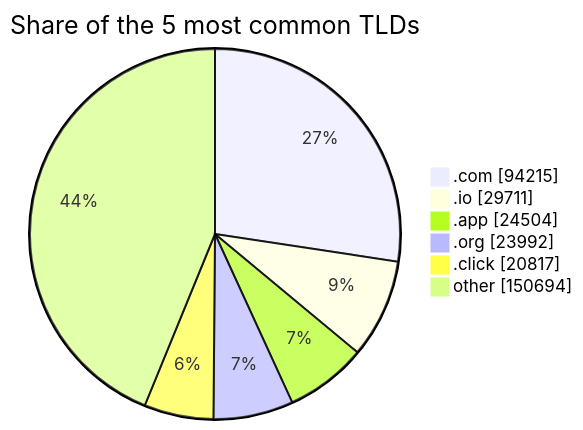
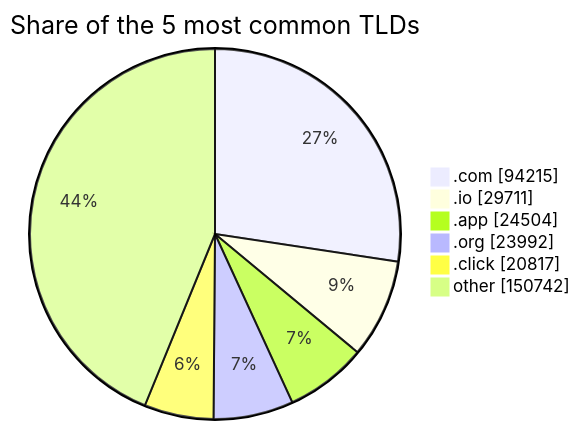
Before and after one commit to DNSBunker/CTI: the third of 3 diagrams in README.md, drawn with Mermaid. The commit also changed other lines of this file and 3 other files, not shown here.

````diff
--- a/README.md
+++ b/README.md
@@ -81,9 +81,9 @@
 ```mermaid
 pie showData title Share of the 5 most common TLDs
     ".com" : 94215
     ".io" : 29711
     ".app" : 24504
     ".org" : 23992
     ".click" : 20817
-    "other" : 150694
+    "other" : 150742
 ```
````
